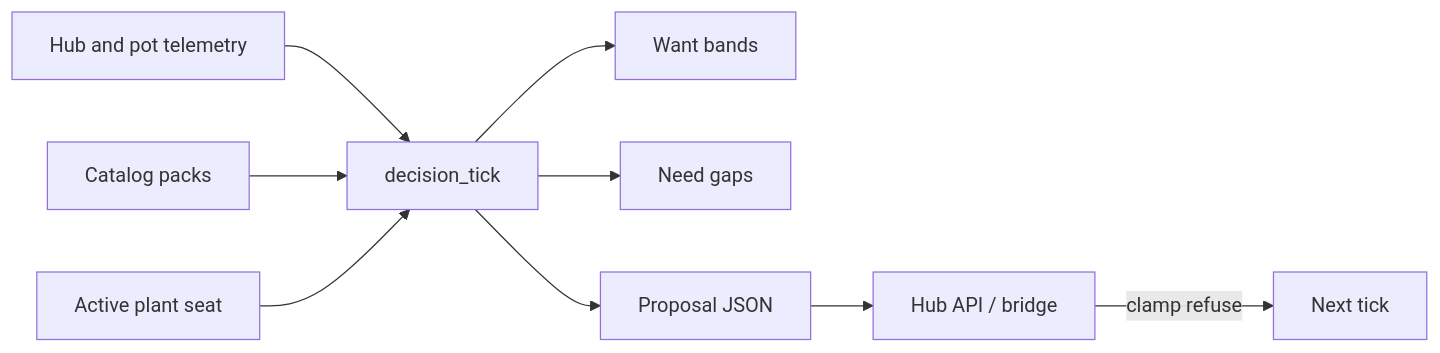
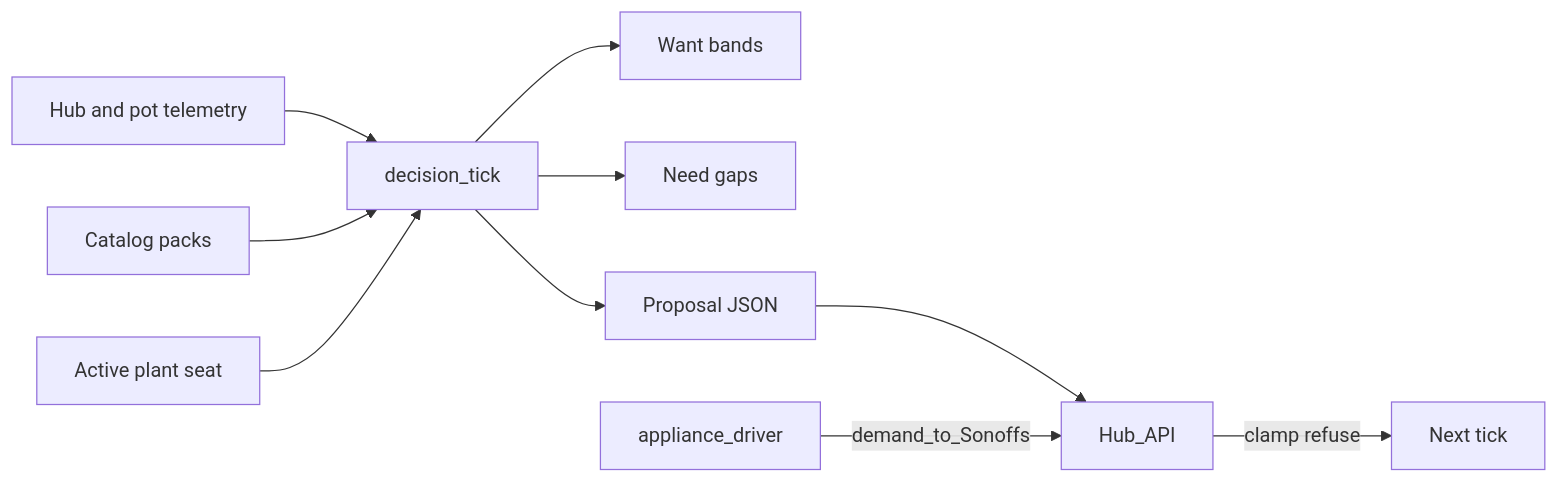
Before and after one commit to weddas/DSC-HUB: the diagram in docs/brain/DECISION_LOOP.md, drawn with Mermaid. The commit also changed 14 other files, not shown here.

First line of the commit message:
Document DSC-HUB 7.0 Pi appliance as product SoT.

````diff
--- a/docs/brain/DECISION_LOOP.md
+++ b/docs/brain/DECISION_LOOP.md
@@ -7,11 +7,12 @@
 ```mermaid
 flowchart LR
   tele[Hub and pot telemetry] --> loop[decision_tick]
   packs[Catalog packs] --> loop
   roster[Active plant seat] --> loop
   loop --> want[Want bands]
   loop --> need[Need gaps]
   loop --> proposal[Proposal JSON]
-  proposal --> hub[Hub API / bridge]
+  proposal --> hub[Hub_API]
+  Appl[appliance_driver] -->|demand_to_Sonoffs| hub
   hub -->|clamp refuse| telemetry_next[Next tick]
 ```
````
